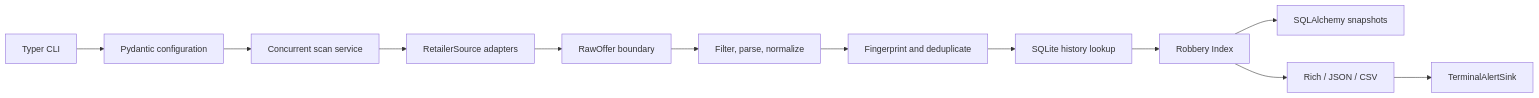
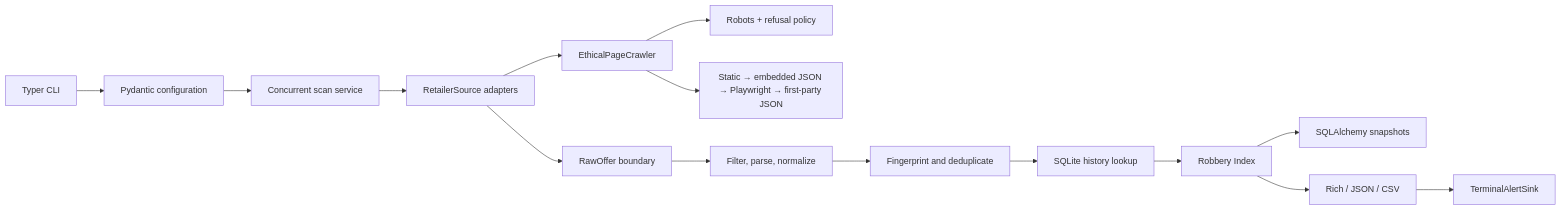
One commit to dylanflynn477/Caffeine-Scout changed the diagram in README.md. Above: the diagram before and after it, drawn with Mermaid. The commit also changed other lines of this file and 26 other files, not shown here.

Commit message:
Add ethical crawler diagnostics and progressive page extraction

````diff
--- a/README.md
+++ b/README.md
@@ -30,14 +30,17 @@
 ```mermaid
 flowchart LR
     CLI["Typer CLI"] --> Config["Pydantic configuration"]
     Config --> Scan["Concurrent scan service"]
     Scan --> Sources["RetailerSource adapters"]
+    Sources --> Crawler["EthicalPageCrawler"]
+    Crawler --> Robots["Robots + refusal policy"]
+    Crawler --> Pipeline["Static → embedded JSON → Playwright → first-party JSON"]
     Sources --> Raw["RawOffer boundary"]
     Raw --> Normalize["Filter, parse, normalize"]
     Normalize --> Dedup["Fingerprint and deduplicate"]
     Dedup --> History["SQLite history lookup"]
     History --> Score["Robbery Index"]
     Score --> DB["SQLAlchemy snapshots"]
     Score --> Output["Rich / JSON / CSV"]
     Output --> Alerts["TerminalAlertSink"]
 ```
````
